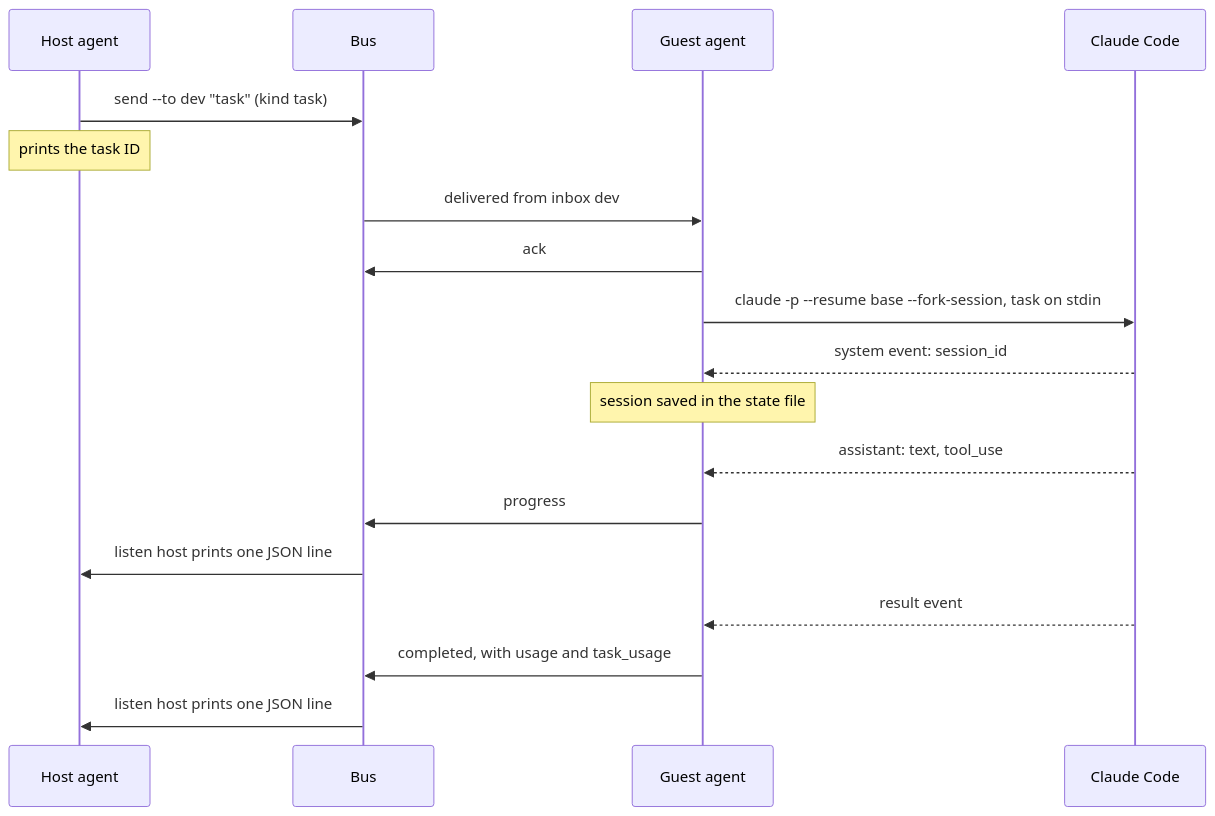
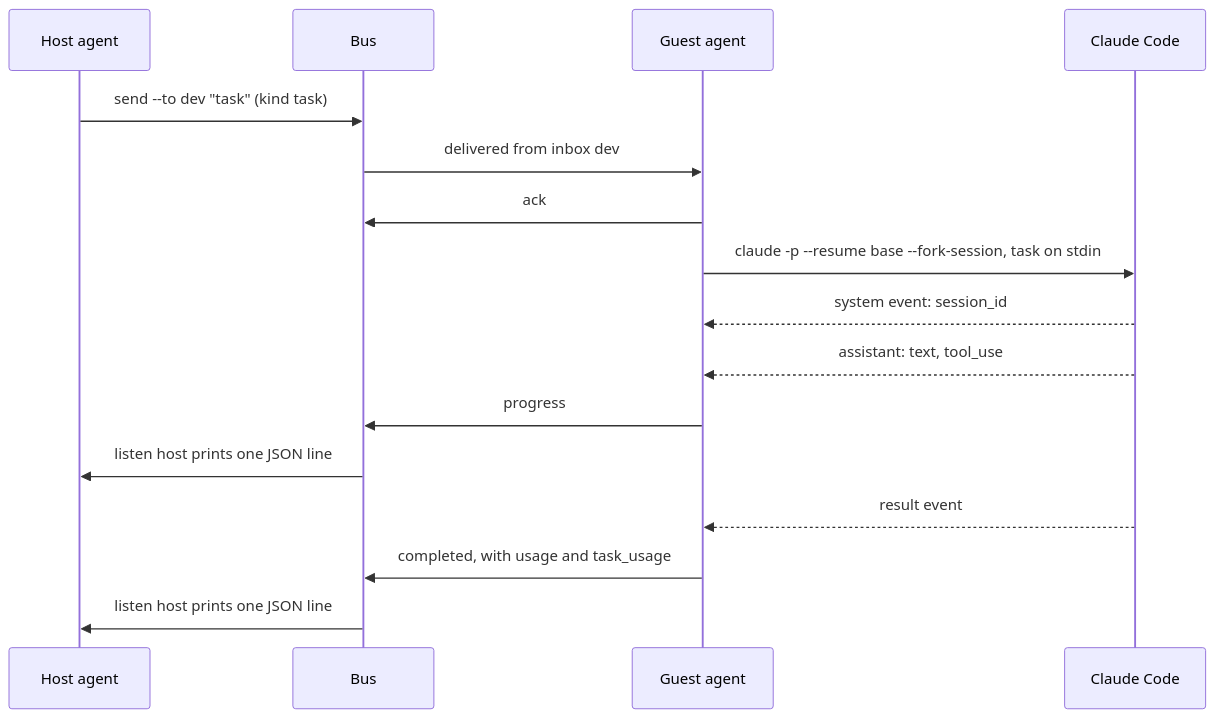
One commit to bwks/sherpa changed the third of 3 diagrams in docs/architecture/AGENT_BUS.md. Above: the diagram before and after it, drawn with Mermaid. The commit also changed other lines of this file and 4 other files, not shown here.

````diff
--- a/docs/architecture/AGENT_BUS.md
+++ b/docs/architecture/AGENT_BUS.md
@@ -282,20 +154,18 @@
 ```mermaid
 sequenceDiagram
     participant H as Host agent
     participant B as Bus
     participant G as Guest agent
     participant C as Claude Code
     H->>B: send --to dev "task" (kind task)
-    Note over H: prints the task ID
     B->>G: delivered from inbox dev
     G->>B: ack
     G->>C: claude -p --resume base --fork-session, task on stdin
     C-->>G: system event: session_id
-    Note over G: session saved in the state file
     C-->>G: assistant: text, tool_use
     G->>B: progress
     B->>H: listen host prints one JSON line
     C-->>G: result event
     G->>B: completed, with usage and task_usage
     B->>H: listen host prints one JSON line
 ```
````
